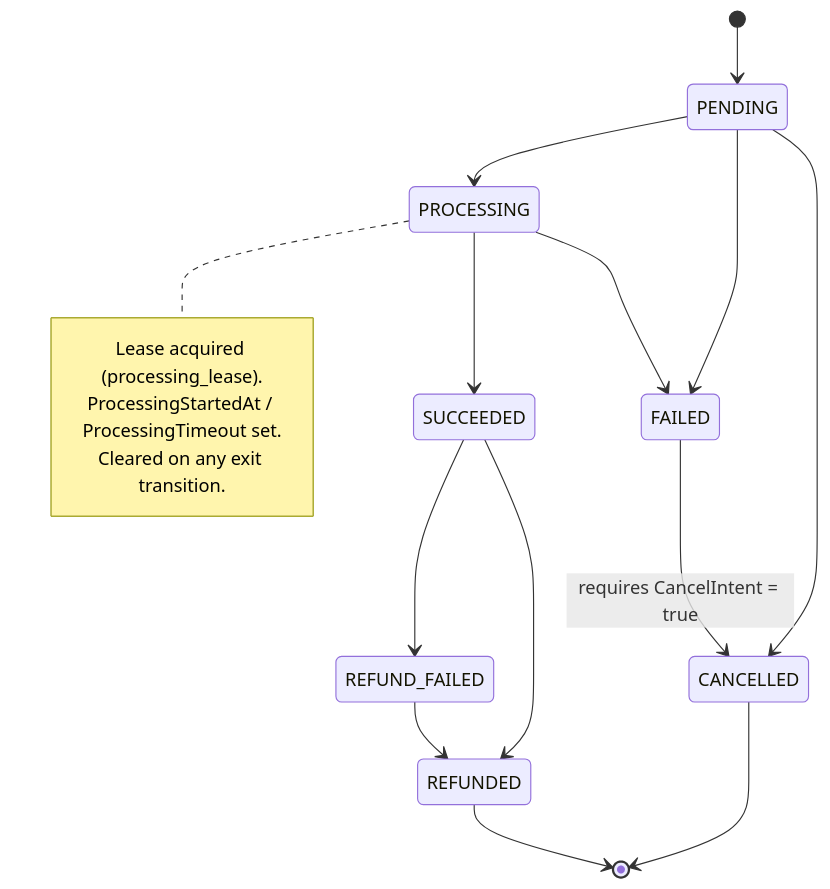
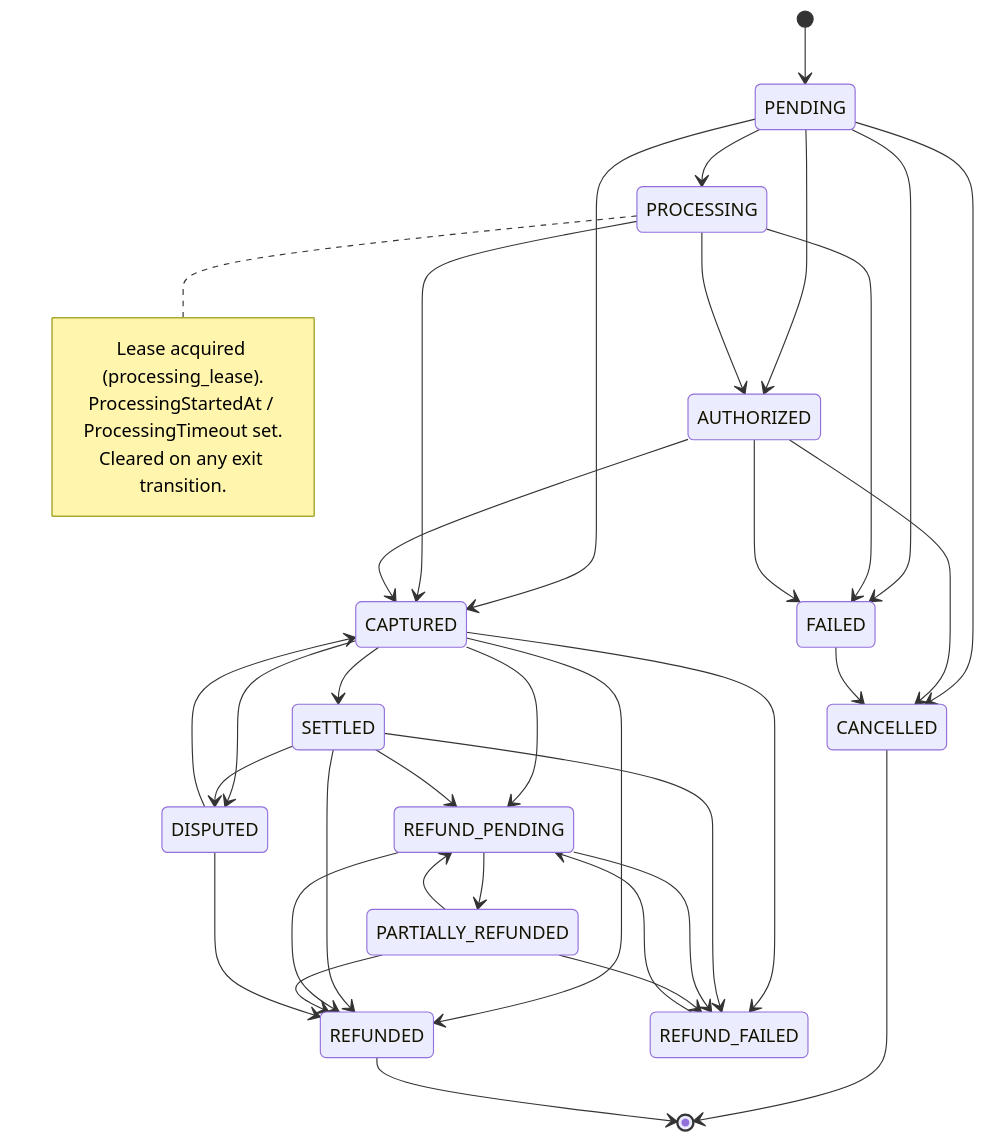
One commit to flyluman/payment-service changed the second of 13 diagrams in README.md. Above: the diagram before and after it, drawn with Mermaid. The commit also changed other lines of this file and 81 other files, not shown here.

````diff
--- a/README.md
+++ b/README.md
@@ -188,27 +220,53 @@
 ```mermaid
 stateDiagram-v2
     [*] --> PENDING
 
     PENDING --> PROCESSING
+    PENDING --> AUTHORIZED
+    PENDING --> CAPTURED
+    PENDING --> FAILED
     PENDING --> CANCELLED
-    PENDING --> FAILED
 
-    PROCESSING --> SUCCEEDED
+    PROCESSING --> CAPTURED
+    PROCESSING --> AUTHORIZED
     PROCESSING --> FAILED
 
-    SUCCEEDED --> REFUNDED
-    SUCCEEDED --> REFUND_FAILED
+    AUTHORIZED --> CAPTURED
+    AUTHORIZED --> FAILED
+    AUTHORIZED --> CANCELLED
 
-    REFUND_FAILED --> REFUNDED
+    CAPTURED --> SETTLED
+    CAPTURED --> REFUND_PENDING
+    CAPTURED --> REFUNDED
+    CAPTURED --> REFUND_FAILED
+    CAPTURED --> DISPUTED
 
-    FAILED --> CANCELLED : requires CancelIntent = true
+    SETTLED --> REFUND_PENDING
+    SETTLED --> REFUNDED
+    SETTLED --> REFUND_FAILED
+    SETTLED --> DISPUTED
+
+    FAILED --> CANCELLED
+
+    REFUND_PENDING --> REFUNDED
+    REFUND_PENDING --> REFUND_FAILED
+    REFUND_PENDING --> PARTIALLY_REFUNDED
+
+    PARTIALLY_REFUNDED --> REFUND_PENDING
+    PARTIALLY_REFUNDED --> REFUNDED
+    PARTIALLY_REFUNDED --> REFUND_FAILED
+
+    REFUND_FAILED --> REFUND_PENDING
+
+    DISPUTED --> CAPTURED
+    DISPUTED --> REFUNDED
 
     CANCELLED --> [*]
     REFUNDED --> [*]
 
     note right of PROCESSING
         Lease acquired (processing_lease).
         ProcessingStartedAt / ProcessingTimeout set.
         Cleared on any exit transition.
     end note
 ```
````
